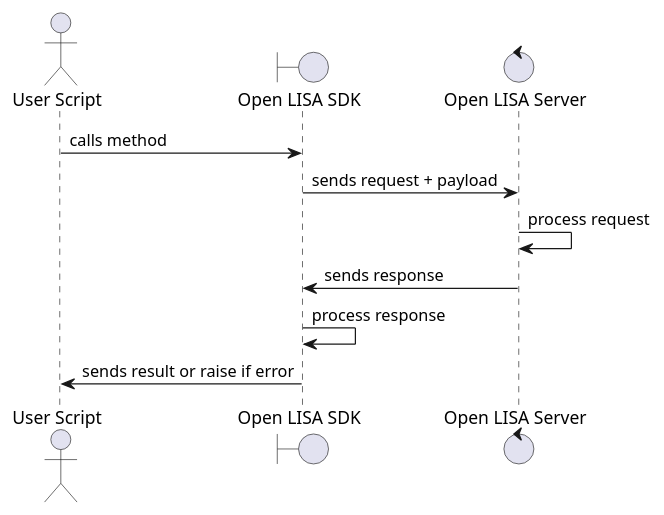
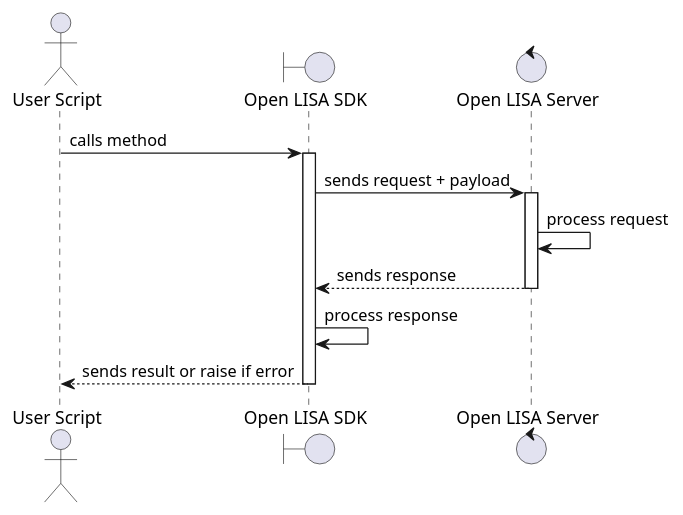
Before and after one commit to aalvarezwindey/electronic_instrument_adapter_sdk: the diagram in diagrams/sequence_diagram_high_level_sdk_request.puml, drawn with PlantUML. The commit also changed 4 other files, not shown here.

```diff
--- a/diagrams/sequence_diagram_high_level_sdk_request.puml
+++ b/diagrams/sequence_diagram_high_level_sdk_request.puml
@@ -1,11 +1,15 @@
 @startuml
 actor "User Script" as USER
 boundary "Open LISA SDK" as SDK
 control "Open LISA Server" as SERVER
 USER -> SDK : calls method
+activate SDK
 SDK -> SERVER : sends request + payload
+activate SERVER
 SERVER -> SERVER : process request
-SERVER -> SDK : sends response
+SERVER --> SDK : sends response
+deactivate SERVER
 SDK -> SDK : process response
-USER <- SDK : sends result or raise if error
+USER <-- SDK : sends result or raise if error
+deactivate SDK
 @enduml
```
